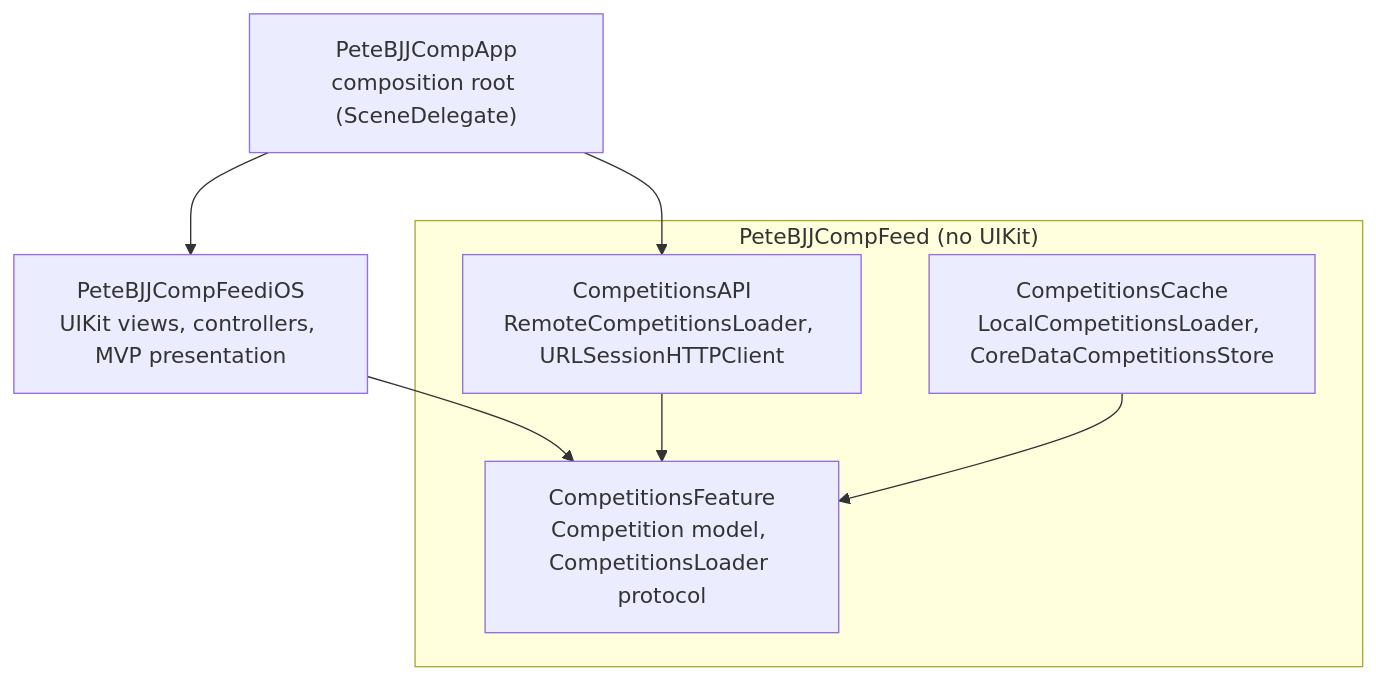
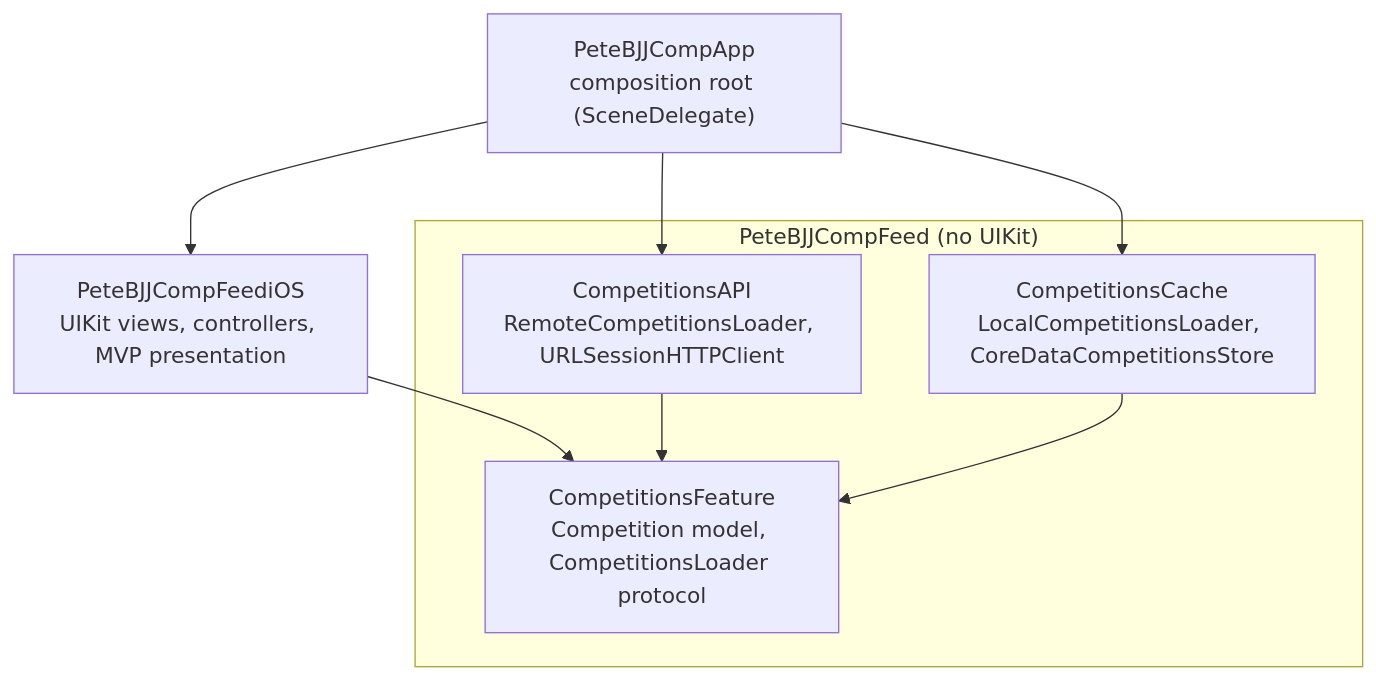
Before and after one commit to vincethecoder/app-bjj-competition-finder: the diagram in README.md, drawn with Mermaid. The commit also changed other lines of this file, not shown here.

Commit message:
docs: Document offline-first loading and the app test suite

````diff
--- a/README.md
+++ b/README.md
@@ -22,15 +23,16 @@
 ```mermaid
 flowchart TD
     App["PeteBJJCompApp<br/>composition root (SceneDelegate)"]
     UI["PeteBJJCompFeediOS<br/>UIKit views, controllers, MVP presentation"]
     subgraph Core["PeteBJJCompFeed (no UIKit)"]
         Feature["CompetitionsFeature<br/>Competition model, CompetitionsLoader protocol"]
         API["CompetitionsAPI<br/>RemoteCompetitionsLoader, URLSessionHTTPClient"]
         Cache["CompetitionsCache<br/>LocalCompetitionsLoader, CoreDataCompetitionsStore"]
     end
     App --> UI
     App --> API
+    App --> Cache
     UI --> Feature
     API --> Feature
     Cache --> Feature
 ```
````
